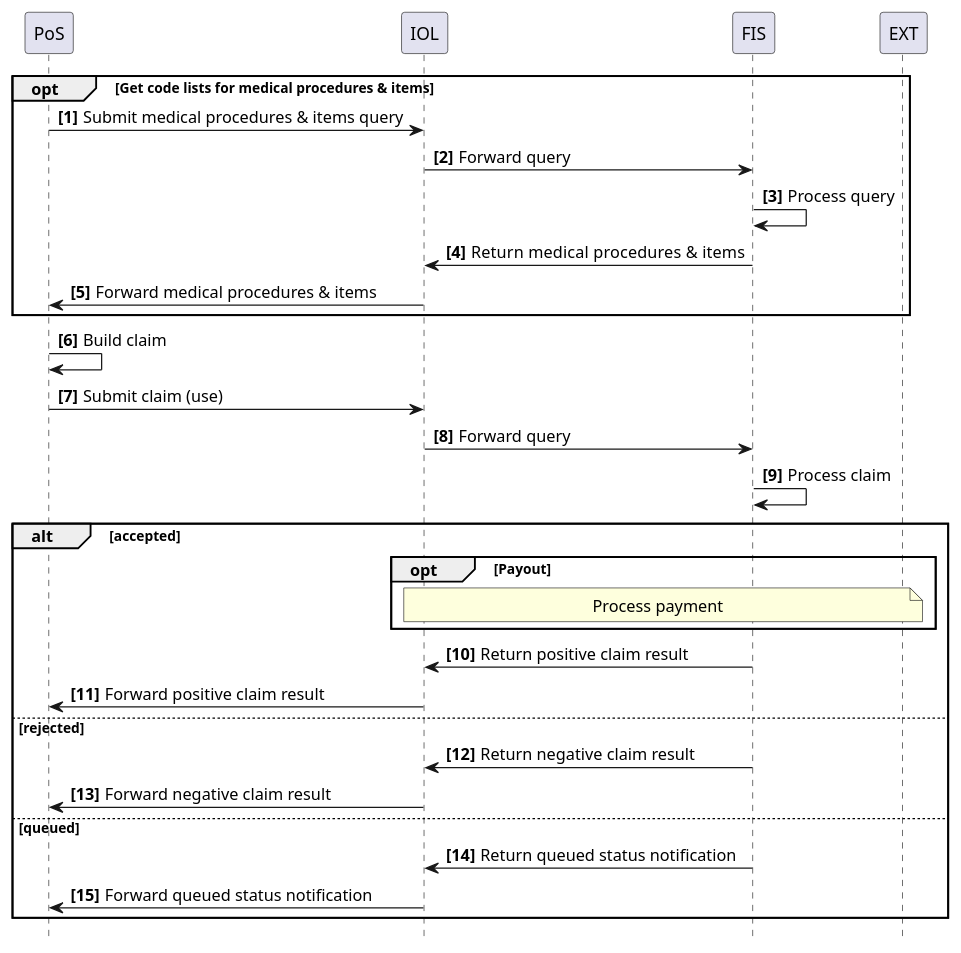
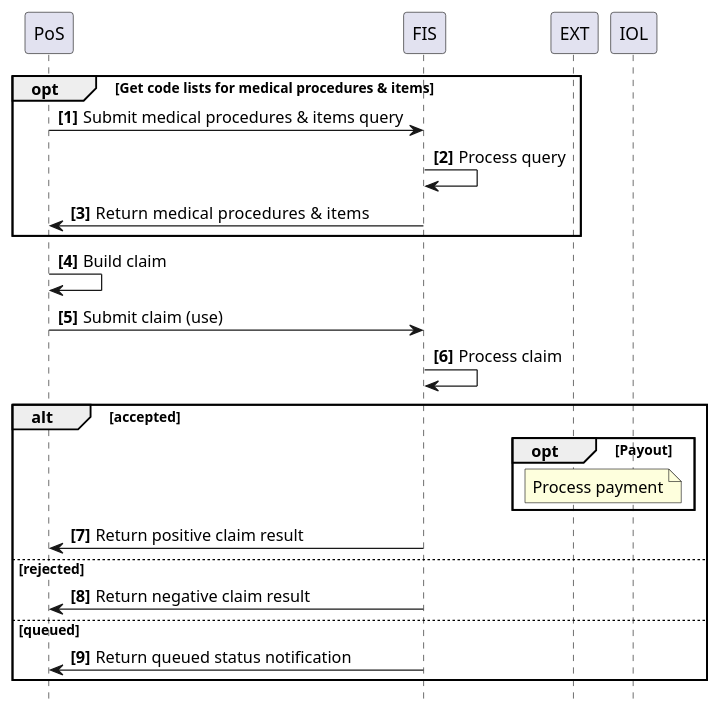
The diagram in input/images-source/usecase4-processflow.plantuml (IHE/ITI.Finance), drawn with PlantUML before and after one commit. The commit also changed 7 other files, not shown here.

Commit message:
Removed IOL (mediator layer) from use cases and diagrams as it's not needed for the use cases.

```diff
--- a/input/images-source/usecase4-processflow.plantuml
+++ b/input/images-source/usecase4-processflow.plantuml
@@ -1,40 +1,33 @@
 @startuml
 skinparam svgDimensionStyle false
 hide footbox
 autonumber "<b>[0]"
 
 participant PoS
-participant IOL
 participant FIS
 participant EXT
 
 
 opt Get code lists for medical procedures & items
-	PoS -> IOL: Submit medical procedures & items query
-	IOL -> FIS: Forward query
+	PoS -> FIS: Submit medical procedures & items query
 	FIS -> FIS: Process query
-	FIS -> IOL: Return  medical procedures & items
-	IOL -> PoS: Forward medical procedures & items
+	FIS -> PoS: Return  medical procedures & items
 end opt
  
 
 PoS -> PoS: Build claim
-PoS -> IOL: Submit claim (use)
-IOL -> FIS: Forward query
+PoS -> FIS: Submit claim (use)
 FIS -> FIS: Process claim
 
 alt accepted
 	opt Payout
     	note over IOL, EXT: Process payment
 	end opt
-	FIS -> IOL: Return positive claim result
-	IOL -> PoS: Forward positive claim result
+	FIS -> PoS: Return positive claim result
 else rejected
-	FIS -> IOL: Return negative claim result
-	IOL -> PoS: Forward negative claim result
+	FIS -> PoS: Return negative claim result
 else queued
-	FIS -> IOL: Return queued status notification
-	IOL -> PoS: Forward queued status notification
+	FIS -> PoS: Return queued status notification
 end
 
 @enduml
```
